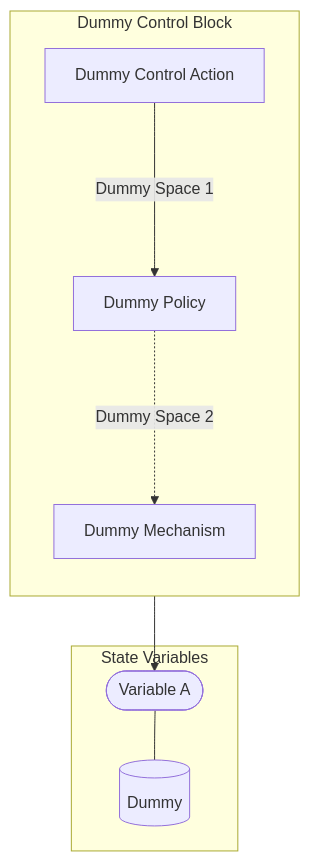
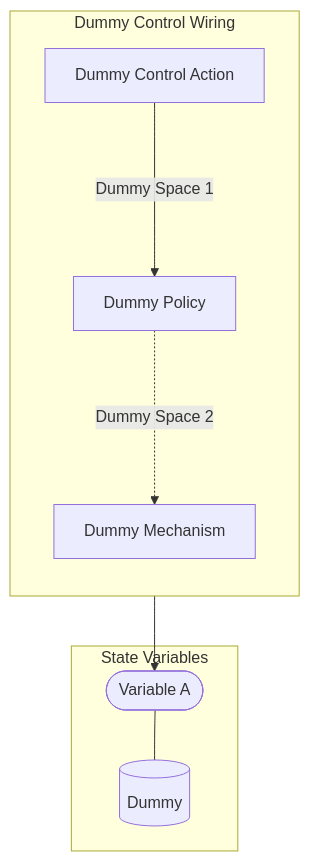
Before and after one commit to BlockScience/MSML: the third of 3 diagrams in examples/StarterRepo/reports/markdown/Displays/Wiring/All Top Level Wirings.md, drawn with Mermaid. The commit also changed other lines of this file and 15 other files, not shown here.

````diff
--- a/examples/StarterRepo/reports/markdown/Displays/Wiring/All Top Level Wirings.md
+++ b/examples/StarterRepo/reports/markdown/Displays/Wiring/All Top Level Wirings.md
@@ -23,19 +43,19 @@
 ```mermaid
 graph TB
 
 subgraph SVS["State Variables"]
 EE0[("Dummy")]
 EES0(["Variable A"])
 EES0 --- EE0
 end
 
-subgraph X4["Dummy Control Block"]
+subgraph X4["Dummy Control Wiring"]
 direction TB
 X1["Dummy Control Action"]
 X2["Dummy Policy"]
 X3["Dummy Mechanism"]
 X3 --> EES0
 X1--"Dummy Space 1"--->X2
 X2-."Dummy Space 2"..->X3
 end
 ```
````
